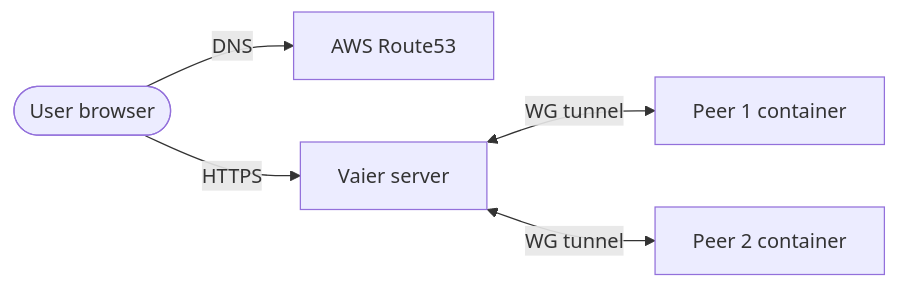
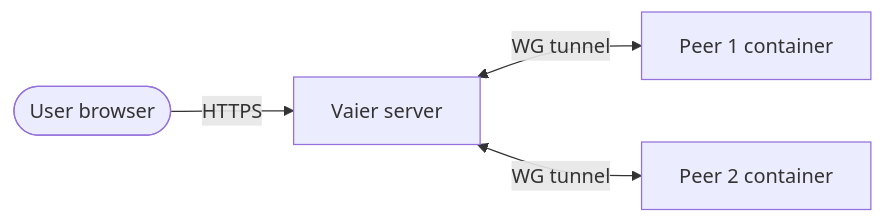
One commit to geir-eilertsen/wireweave changed the diagram in README.md. Above: the diagram before and after it, drawn with Mermaid. The commit also changed other lines of this file and 87 other files, not shown here.

````diff
--- a/README.md
+++ b/README.md
@@ -52,13 +52,11 @@
 ```mermaid
 flowchart LR
     browser([User browser])
-    route53[AWS Route53]
     server[Vaier server]
     p1[Peer 1 container]
     p2[Peer 2 container]
 
-    browser -->|DNS| route53
     browser -->|HTTPS| server
     server <-->|WG tunnel| p1
     server <-->|WG tunnel| p2
 ```
````
